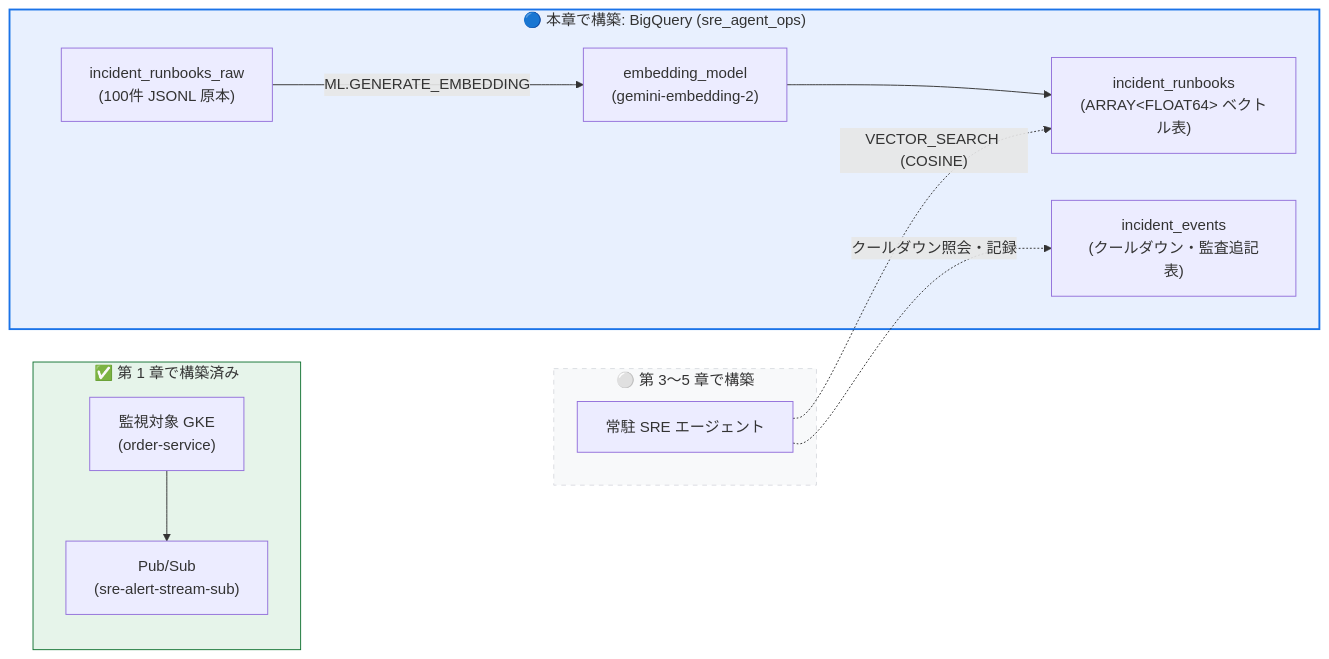
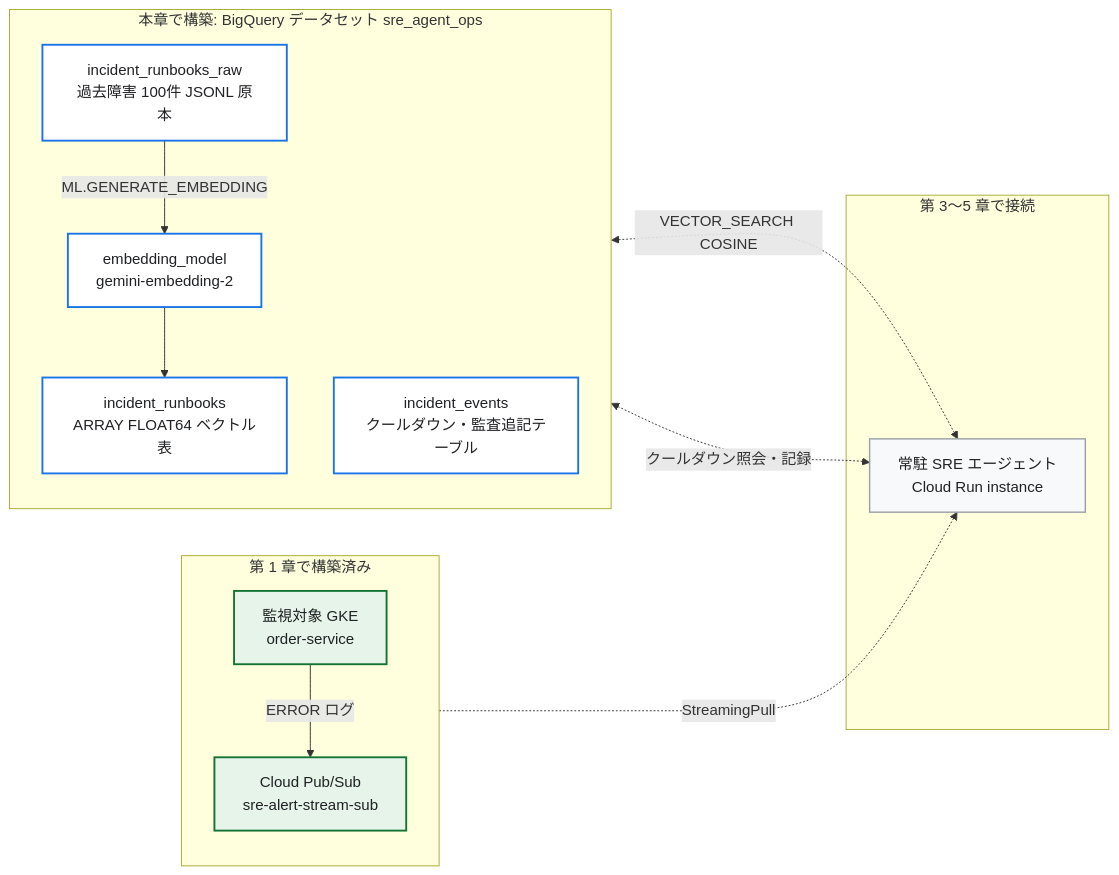
Before and after one commit to tyorikan/agentic-sre-handson: the first of 2 diagrams in docs/02-bigquery-vector-kb.md, drawn with Mermaid. The commit also changed other lines of this file and 26 other files, not shown here.

Commit message:
docs: プロダクトアイコン付き構成図・シーケンス図 PNG (全19図) の追加と折りたたみ Mermaid 定義の精緻化

````diff
--- a/docs/02-bigquery-vector-kb.md
+++ b/docs/02-bigquery-vector-kb.md
@@ -12,25 +17,29 @@
 ```mermaid
 flowchart LR
-    subgraph Prev["✅ 第 1 章で構築済み"]
-        GKE["監視対象 GKE<br/>(order-service)"] --> PS["Pub/Sub<br/>(sre-alert-stream-sub)"]
+    subgraph Prev["第 1 章で構築済み"]
+        direction TB
+        GKE["監視対象 GKE<br/>order-service"] -->|"ERROR ログ"| PS["Cloud Pub/Sub<br/>sre-alert-stream-sub"]
     end
 
-    subgraph Now["🔵 本章で構築: BigQuery (sre_agent_ops)"]
-        Raw["incident_runbooks_raw<br/>(100件 JSONL 原本)"]
-        Model["embedding_model<br/>(gemini-embedding-2)"]
-        VecTable["incident_runbooks<br/>(ARRAY&lt;FLOAT64&gt; ベクトル表)"]
-        EventTable["incident_events<br/>(クールダウン・監査追記表)"]
-        Raw -->|"ML.GENERATE_EMBEDDING"| Model --> VecTable
+    subgraph Now["本章で構築: BigQuery データセット sre_agent_ops"]
+        direction TB
+        Raw["incident_runbooks_raw<br/>過去障害 100件 JSONL 原本"] -->|"ML.GENERATE_EMBEDDING"| Model["embedding_model<br/>gemini-embedding-2"]
+        Model --> VecTable["incident_runbooks<br/>ARRAY FLOAT64 ベクトル表"]
+        EventTable["incident_events<br/>クールダウン・監査追記テーブル"]
     end
 
-    subgraph Next["⚪ 第 3〜5 章で構築"]
-        Agent["常駐 SRE エージェント"]
+    subgraph Next["第 3〜5 章で接続"]
+        Agent["常駐 SRE エージェント<br/>Cloud Run instance"]
     end
 
-    Agent -.->|"VECTOR_SEARCH (COSINE)"| VecTable
-    Agent -.->|"クールダウン照会・記録"| EventTable
+    PS -.->|"StreamingPull"| Agent
+    VecTable <-.->|"VECTOR_SEARCH COSINE"| Agent
+    EventTable <-.->|"クールダウン照会・記録"| Agent
 
-    style Prev fill:#e6f4ea,stroke:#137333
-    style Now fill:#e8f0fe,stroke:#1a73e8,stroke-width:2px
-    style Next fill:#f8f9fa,stroke:#dadce0,stroke-dasharray: 5 5
+    classDef done fill:#e6f4ea,stroke:#137333,stroke-width:2px,color:#202124;
+    classDef current fill:#ffffff,stroke:#1a73e8,stroke-width:2px,color:#202124;
+    classDef future fill:#f8f9fa,stroke:#9aa0a6,stroke-width:1.5px,color:#202124;
+    class GKE,PS done;
+    class Raw,Model,VecTable,EventTable current;
+    class Agent future;
 ```
````
